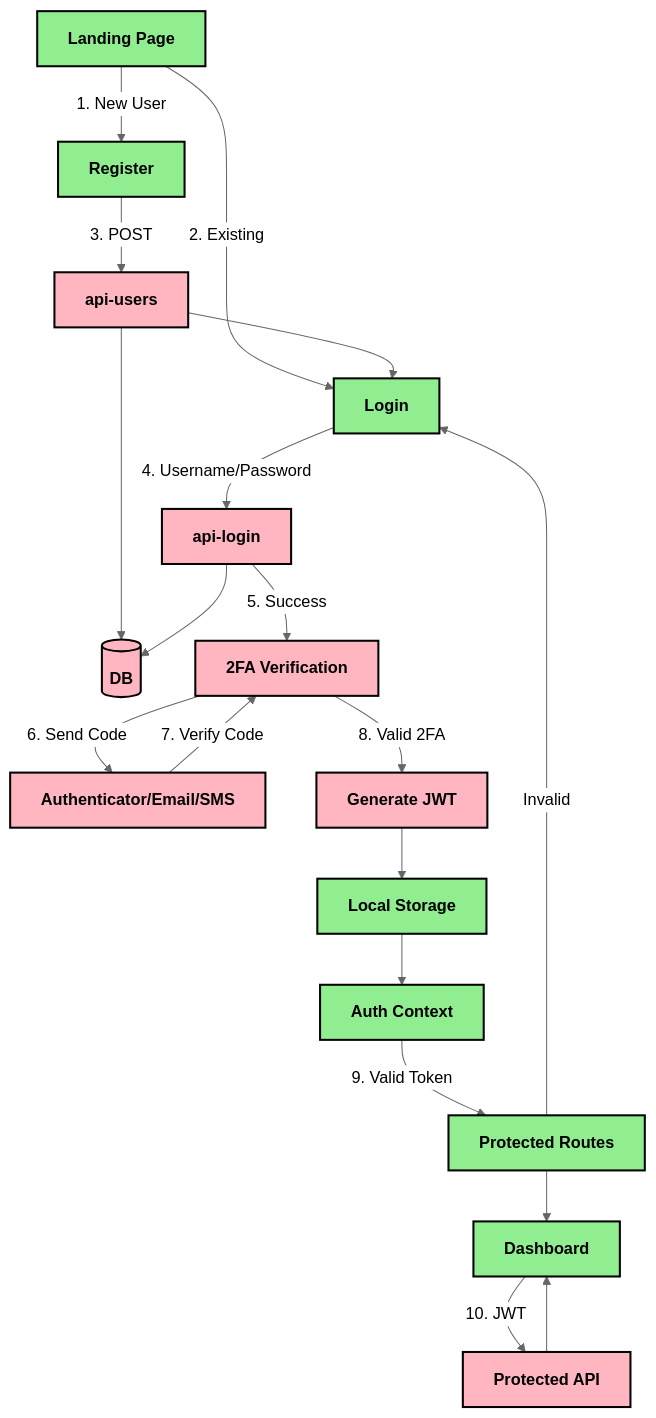
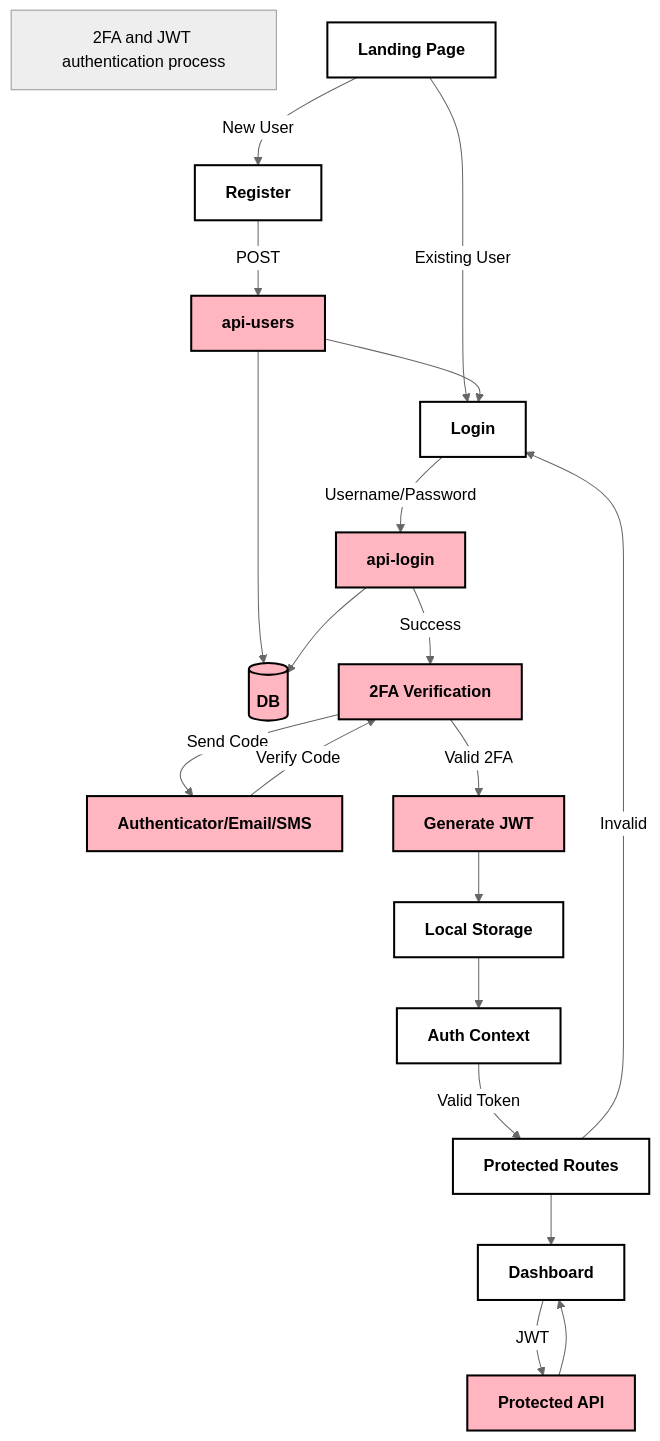
Before and after one commit to hive-helsinki-projects/ft_transcendence: the second of 3 diagrams in README.md, drawn with Mermaid (neutral theme). The commit also changed other lines of this file, not shown here.

Commit message:
Refine README mermaid diagrams for JWT and 2FA processes, enhancing clarity and consistency in terminology

````diff
--- a/README.md
+++ b/README.md
@@ -97,37 +97,38 @@
 ```mermaid
 graph TD
+  T[2FA and JWT authentication process]
     %% Entry Points
-    LP[Landing Page]-->|1. New User|RF[Register]
-    LP-->|2. Existing|LF[Login]
+    LP[Landing Page]-->|New User|RF[Register]
+    LP-->|Existing User|LF[Login]
 
     %% First Factor
-    RF-->|3. POST|REG[api-users]
+    RF-->|POST|REG[api-users]
     REG-->DB[(DB)]
     REG-->LF
-    LF-->|4. Username/Password|LOGIN[api-login]
+    LF-->|Username/Password|LOGIN[api-login]
     LOGIN-->DB
 
     %% 2FA Step
-    LOGIN-->|5. Success|TFA[2FA Verification]
-    TFA-->|6. Send Code|AUTH2[Authenticator/Email/SMS]
-    AUTH2-->|7. Verify Code|TFA
+    LOGIN-->|Success|TFA[2FA Verification]
+    TFA-->|Send Code|AUTH2[Authenticator/Email/SMS]
+    AUTH2-->|Verify Code|TFA
     
     %% JWT Issue
-    TFA-->|8. Valid 2FA|TOKEN[Generate JWT]
+    TFA-->|Valid 2FA|TOKEN[Generate JWT]
     TOKEN-->LS[Local Storage]
     LS-->AUTHCTX[Auth Context]
 
     %% Protected Routes
-    AUTHCTX-->|9. Valid Token|PROT[Protected Routes]
+    AUTHCTX-->|Valid Token|PROT[Protected Routes]
     PROT-->DASH[Dashboard]
     PROT-->|Invalid|LF
     
     %% API Calls
-    DASH-->|10. JWT|API[Protected API]
+    DASH-->|JWT|API[Protected API]
     API-->DASH
 
-    classDef frontend fill:#90EE90,stroke:#000,stroke-width:2px,color:#000,font-weight:bold
+    classDef frontend fill:#FFFFFF,stroke:#000,stroke-width:2px,color:#000,font-weight:bold
     classDef backend fill:#FFB6C1,stroke:#000,stroke-width:2px,color:#000,font-weight:bold
     class LP,RF,LF,LS,AUTHCTX,PROT,DASH frontend
     class REG,LOGIN,DB,TFA,TOKEN,AUTH2,API backend
 ```
````
